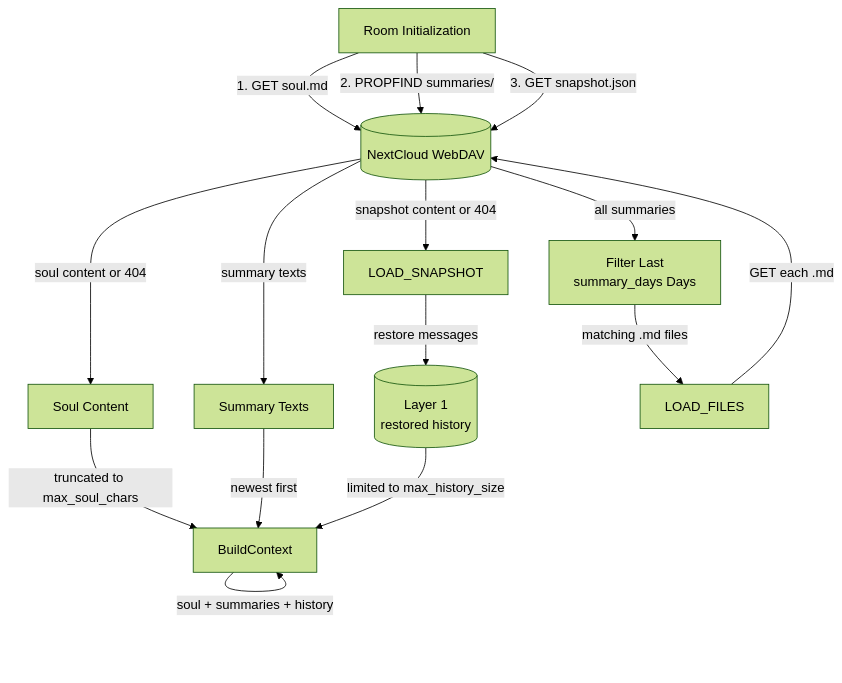
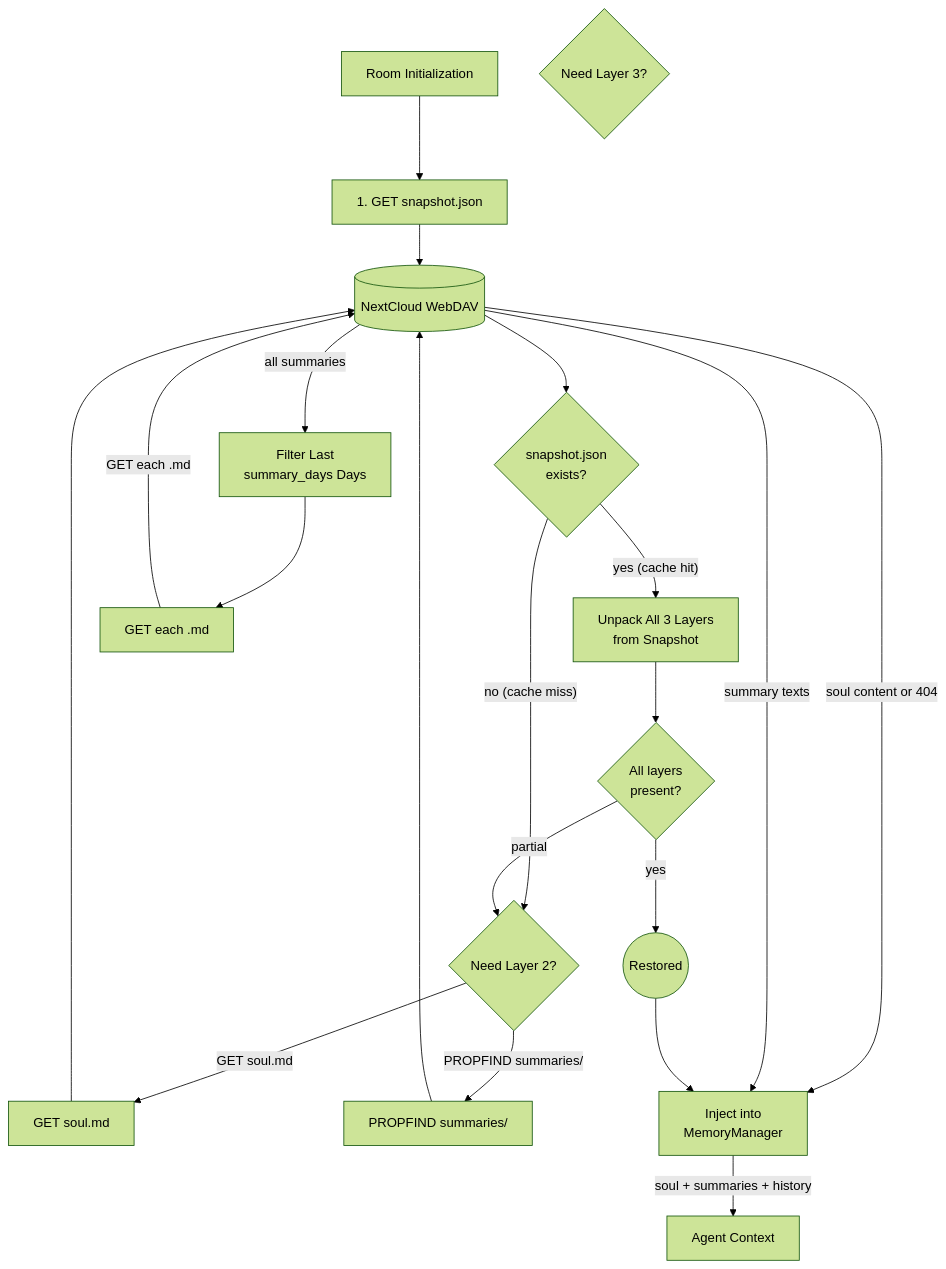
The fifth of 7 diagrams in _dfds/base/memory.md (cosmoswafer/rockbot), drawn with Mermaid (forest theme) before and after one commit. The commit also changed other lines of this file and 5 other files, not shown here.

First line of the commit message:
remove legacy 000001_memory.json format and add three-layer snapshot cache design

````diff
--- a/_dfds/base/memory.md
+++ b/_dfds/base/memory.md
@@ -180,28 +199,39 @@
 ```mermaid
 flowchart TD
     INIT[Room Initialization]
     DAV[(NextCloud WebDAV)]
-    L1[(Layer 1<br/>restored history)]
-    SOUL_INJECT[Soul Content]
-    SUMMARIES_INJECT[Summary Texts]
-    CTX[BuildContext]
+    GET_SNAP["1. GET snapshot.json"]
+    SNAP_OK{snapshot.json<br/>exists?}
+    UNPACK[Unpack All 3 Layers<br/>from Snapshot]
+    CHECK{All layers<br/>present?}
+    RESTORED((Restored))
+    NEED_L2{Need Layer 2?}
+    NEED_L3{Need Layer 3?}
+    GET_SOUL["GET soul.md"]
+    LIST_SUM["PROPFIND summaries/"]
+    LOAD_FILES["GET each .md"]
+    INJECT[Inject into<br/>MemoryManager]
 
-    INIT -->|"1. GET soul.md"| DAV
-    DAV -->|"soul content or 404"| SOUL_INJECT
-    SOUL_INJECT -->|"truncated to max_soul_chars"| CTX
+    INIT --> GET_SNAP
+    GET_SNAP --> DAV
+    DAV --> SNAP_OK
+    SNAP_OK -->|"yes (cache hit)"| UNPACK
+    SNAP_OK -->|"no (cache miss)"| NEED_L2
+    UNPACK --> CHECK
+    CHECK -->|"yes"| RESTORED
+    CHECK -->|"partial"| NEED_L2
 
-    INIT -->|"2. PROPFIND summaries/"| DAV
+    NEED_L2 -->|"GET soul.md"| GET_SOUL
+    NEED_L2 -->|"PROPFIND summaries/"| LIST_SUM
+    GET_SOUL --> DAV
+    LIST_SUM --> DAV
+    DAV -->|"soul content or 404"| INJECT
     DAV -->|"all summaries"| FILTER
     FILTER[Filter Last<br/>summary_days Days]
-    FILTER -->|"matching .md files"| LOAD_FILES
+    FILTER --> LOAD_FILES
     LOAD_FILES -->|"GET each .md"| DAV
-    DAV -->|"summary texts"| SUMMARIES_INJECT
-    SUMMARIES_INJECT -->|"newest first"| CTX
+    DAV -->|"summary texts"| INJECT
 
-    INIT -->|"3. GET snapshot.json"| DAV
-    DAV -->|"snapshot content or 404"| LOAD_SNAPSHOT
-    LOAD_SNAPSHOT -->|"restore messages"| L1
-    L1 -->|"limited to max_history_size"| CTX
-
-    CTX -->|"soul + summaries + history"| CTX
+    RESTORED --> INJECT
+    INJECT -->|"soul + summaries + history"| CTX[Agent Context]
 ```
````
